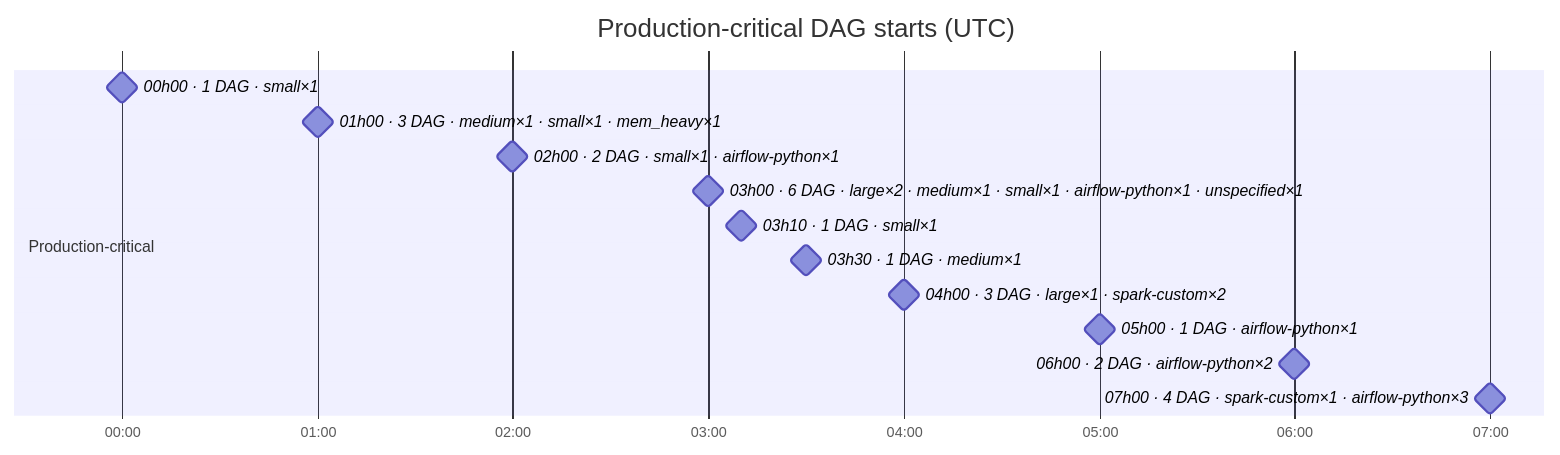
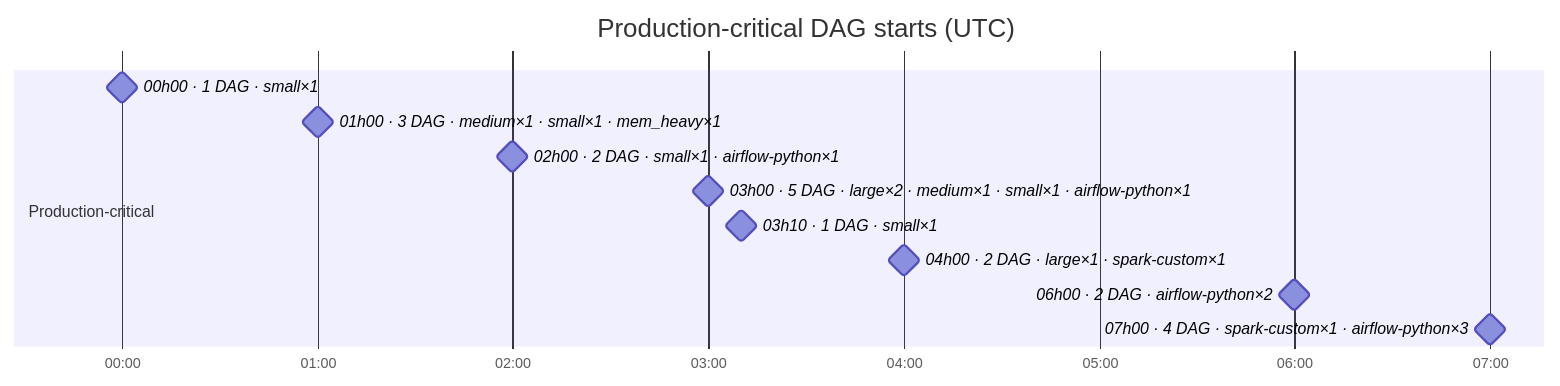
One commit to DayMarket/ml-feature-platform changed the second of 7 diagrams in docs/feature_platform_map.md. Above: the diagram before and after it, drawn with Mermaid. The commit also changed other lines of this file and 20 other files, not shown here.

````diff
--- a/docs/feature_platform_map.md
+++ b/docs/feature_platform_map.md
@@ -138,18 +126,16 @@
 ```mermaid
 gantt
     title Production-critical DAG starts (UTC)
     dateFormat HH:mm
     axisFormat %H:%M
     tickInterval 1hour
     section Production-critical
     00h00 · 1 DAG · small×1 :milestone, s0_0000, 00:00, 0m
     01h00 · 3 DAG · medium×1 · small×1 · mem_heavy×1 :milestone, s0_0060, 01:00, 0m
     02h00 · 2 DAG · small×1 · airflow-python×1 :milestone, s0_0120, 02:00, 0m
-    03h00 · 6 DAG · large×2 · medium×1 · small×1 · airflow-python×1 · unspecified×1 :milestone, s0_0180, 03:00, 0m
+    03h00 · 5 DAG · large×2 · medium×1 · small×1 · airflow-python×1 :milestone, s0_0180, 03:00, 0m
     03h10 · 1 DAG · small×1 :milestone, s0_0190, 03:10, 0m
-    03h30 · 1 DAG · medium×1 :milestone, s0_0210, 03:30, 0m
-    04h00 · 3 DAG · large×1 · spark-custom×2 :milestone, s0_0240, 04:00, 0m
-    05h00 · 1 DAG · airflow-python×1 :milestone, s0_0300, 05:00, 0m
+    04h00 · 2 DAG · large×1 · spark-custom×1 :milestone, s0_0240, 04:00, 0m
     06h00 · 2 DAG · airflow-python×2 :milestone, s0_0360, 06:00, 0m
     07h00 · 4 DAG · spark-custom×1 · airflow-python×3 :milestone, s0_0420, 07:00, 0m
 ```
````
